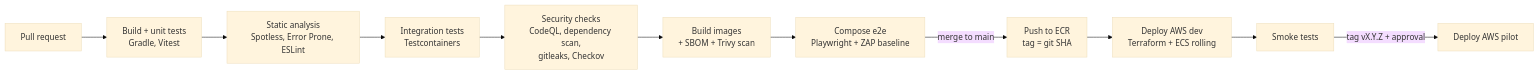
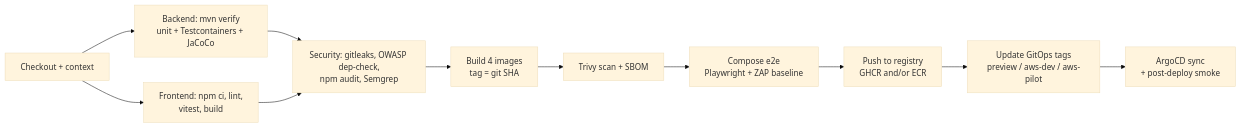
Before and after one commit to Mutwila-Alinta/ATS: the fourth of 5 diagrams in docs/NEX_ARCHITECTURE_AND_ROADMAP.md, drawn with Mermaid (base theme). The commit also changed other lines of this file and 1 other file, not shown here.

````diff
--- a/docs/NEX_ARCHITECTURE_AND_ROADMAP.md
+++ b/docs/NEX_ARCHITECTURE_AND_ROADMAP.md
@@ -540,13 +316,13 @@
 ```mermaid
 flowchart LR
-  PR[Pull request] --> B[Build + unit tests<br/>Gradle, Vitest]
-  B --> Q[Static analysis<br/>Spotless, Error Prone, ESLint]
-  Q --> I[Integration tests<br/>Testcontainers]
-  I --> S[Security checks<br/>CodeQL, dependency scan,<br/>gitleaks, Checkov]
-  S --> C[Build images<br/>+ SBOM + Trivy scan]
-  C --> E[Compose e2e<br/>Playwright + ZAP baseline]
-  E -->|merge to main| P[Push to ECR<br/>tag = git SHA]
-  P --> D[Deploy AWS dev<br/>Terraform + ECS rolling]
-  D --> ST[Smoke tests]
-  ST -->|tag vX.Y.Z + approval| PL[Deploy AWS pilot]
+  A[Checkout + context] --> B[Backend: mvn verify<br/>unit + Testcontainers + JaCoCo]
+  A --> C[Frontend: npm ci, lint,<br/>vitest, build]
+  B --> D[Security: gitleaks, OWASP dep-check,<br/>npm audit, Semgrep]
+  C --> D
+  D --> E[Build 4 images<br/>tag = git SHA]
+  E --> F[Trivy scan + SBOM]
+  F --> G[Compose e2e<br/>Playwright + ZAP baseline]
+  G --> H[Push to registry<br/>GHCR and/or ECR]
+  H --> I[Update GitOps tags<br/>preview / aws-dev / aws-pilot]
+  I --> J[ArgoCD sync<br/>+ post-deploy smoke]
 ```
````
